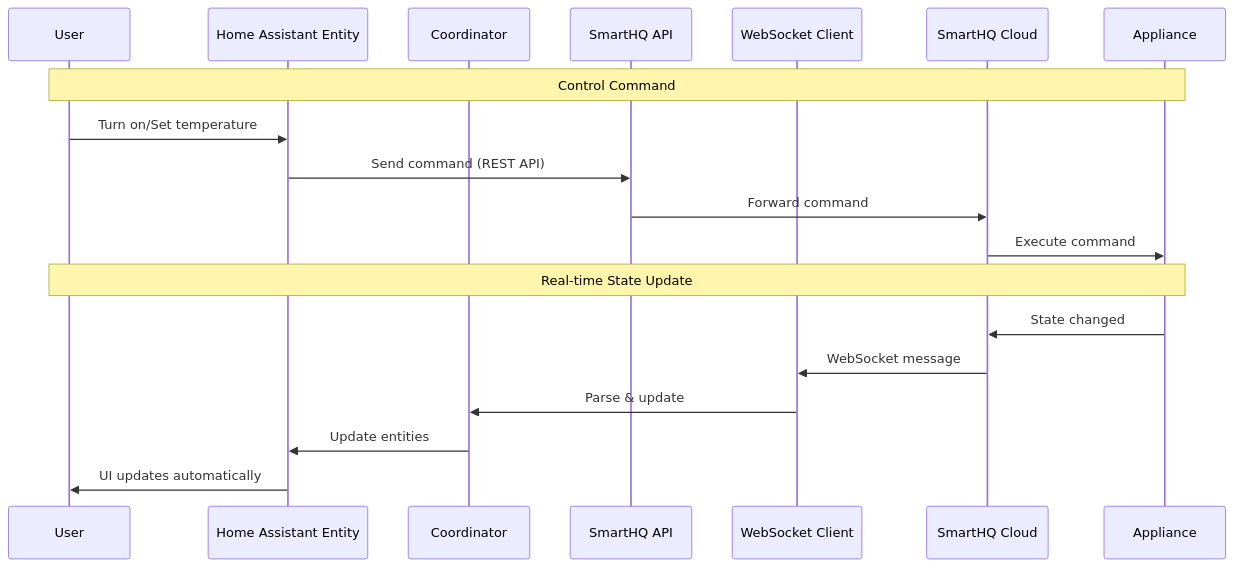
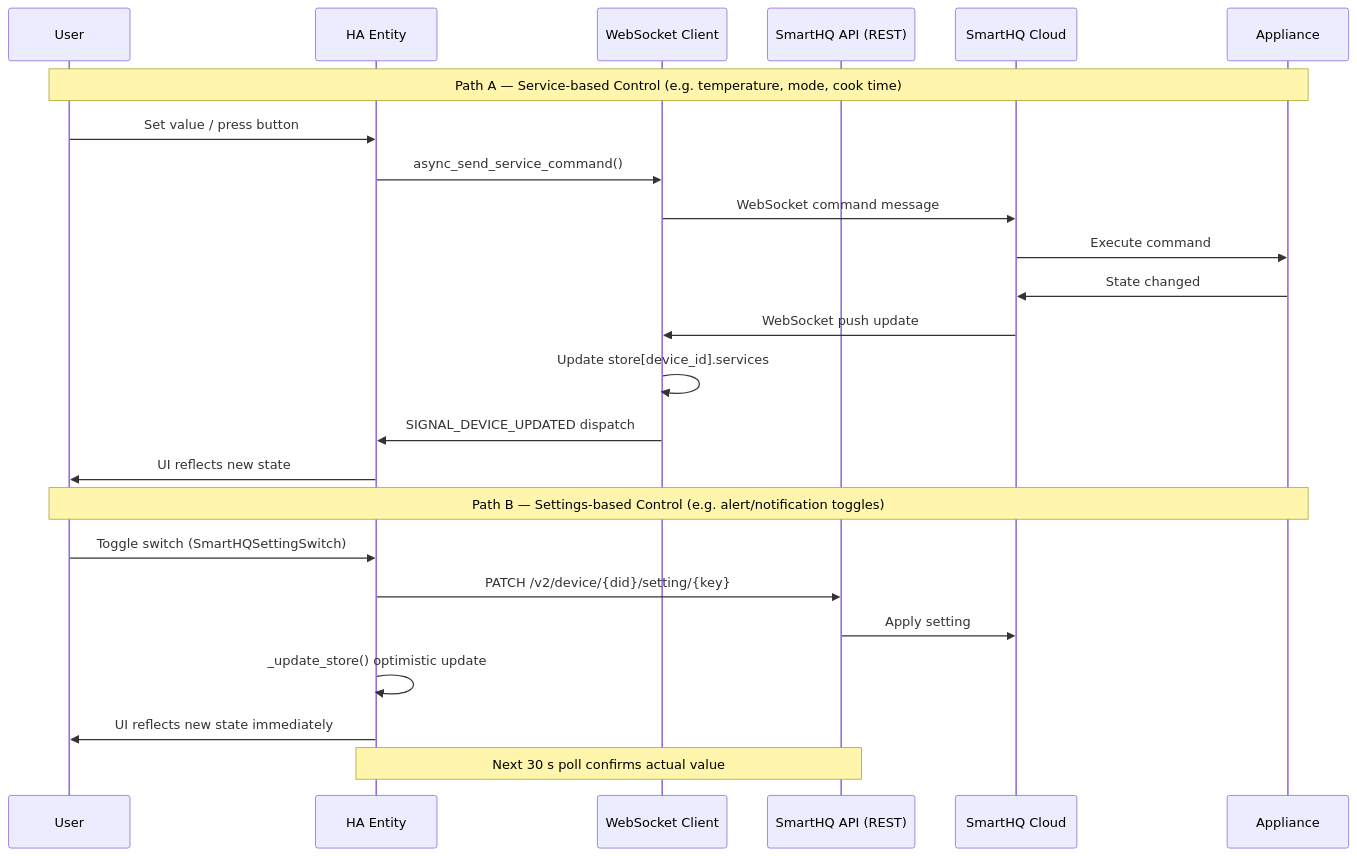
One commit to geappliances/geappliances-smarthq-integration changed the second of 8 diagrams in docs/SEQUENCE_DIAGRAMS.md. Above: the diagram before and after it, drawn with Mermaid. The commit also changed other lines of this file, not shown here.

First line of the commit message:
docs: update sequence diagrams for service-based architecture

````diff
--- a/docs/SEQUENCE_DIAGRAMS.md
+++ b/docs/SEQUENCE_DIAGRAMS.md
@@ -37,23 +40,28 @@
 ```mermaid
 sequenceDiagram
     participant User
-    participant HA as Home Assistant Entity
-    participant Coordinator
-    participant API as SmartHQ API
+    participant Entity as HA Entity
     participant WS as WebSocket Client
+    participant API as SmartHQ API (REST)
     participant Cloud as SmartHQ Cloud
     participant Appliance
 
-    Note over User,Appliance: Control Command
-    User->>HA: Turn on/Set temperature
-    HA->>API: Send command (REST API)
-    API->>Cloud: Forward command
+    Note over User,Appliance: Path A — Service-based Control (e.g. temperature, mode, cook time)
+    User->>Entity: Set value / press button
+    Entity->>WS: async_send_service_command()
+    WS->>Cloud: WebSocket command message
     Cloud->>Appliance: Execute command
-    
-    Note over User,Appliance: Real-time State Update
     Appliance->>Cloud: State changed
-    Cloud->>WS: WebSocket message
-    WS->>Coordinator: Parse & update
-    Coordinator->>HA: Update entities
-    HA->>User: UI updates automatically
+    Cloud->>WS: WebSocket push update
+    WS->>WS: Update store[device_id].services
+    WS->>Entity: SIGNAL_DEVICE_UPDATED dispatch
+    Entity->>User: UI reflects new state
+
+    Note over User,Appliance: Path B — Settings-based Control (e.g. alert/notification toggles)
+    User->>Entity: Toggle switch (SmartHQSettingSwitch)
+    Entity->>API: PATCH /v2/device/{did}/setting/{key}
+    API->>Cloud: Apply setting
+    Entity->>Entity: _update_store() optimistic update
+    Entity->>User: UI reflects new state immediately
+    Note over Entity,API: Next 30 s poll confirms actual value
 ```
````
